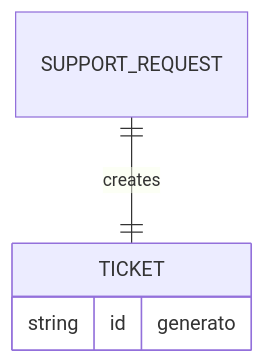
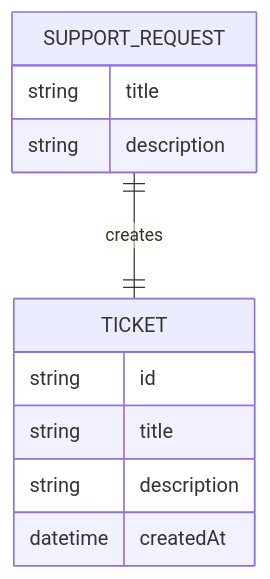
Before and after one commit to Damiana-Arangio/aicu-l06-ticketing-contract: the diagram in template/data-sketch-create-ticket.md, drawn with Mermaid. The commit also changed other lines of this file, not shown here.

Commit message:
docs: compilato data-sketch-create-ticket

````diff
--- a/template/data-sketch-create-ticket.md
+++ b/template/data-sketch-create-ticket.md
@@ -46,7 +46,17 @@
 ```mermaid
 erDiagram
-  SUPPORT_REQUEST ||--|| TICKET : creates
-  TICKET {
-    string id "generato"
-  }
+SUPPORT_REQUEST ||--|| TICKET : creates
+
+SUPPORT_REQUEST {
+string title
+string description
+}
+
+TICKET {
+string id
+string title
+string description
+datetime createdAt
+}
+
 ```
````
